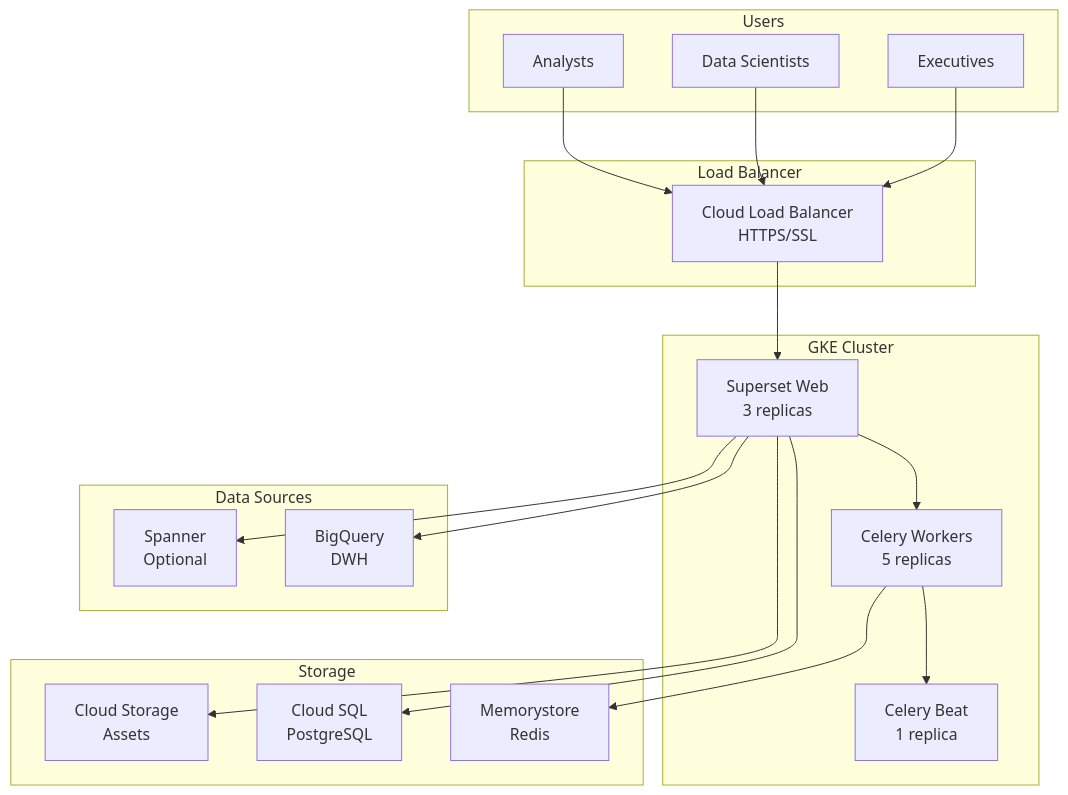
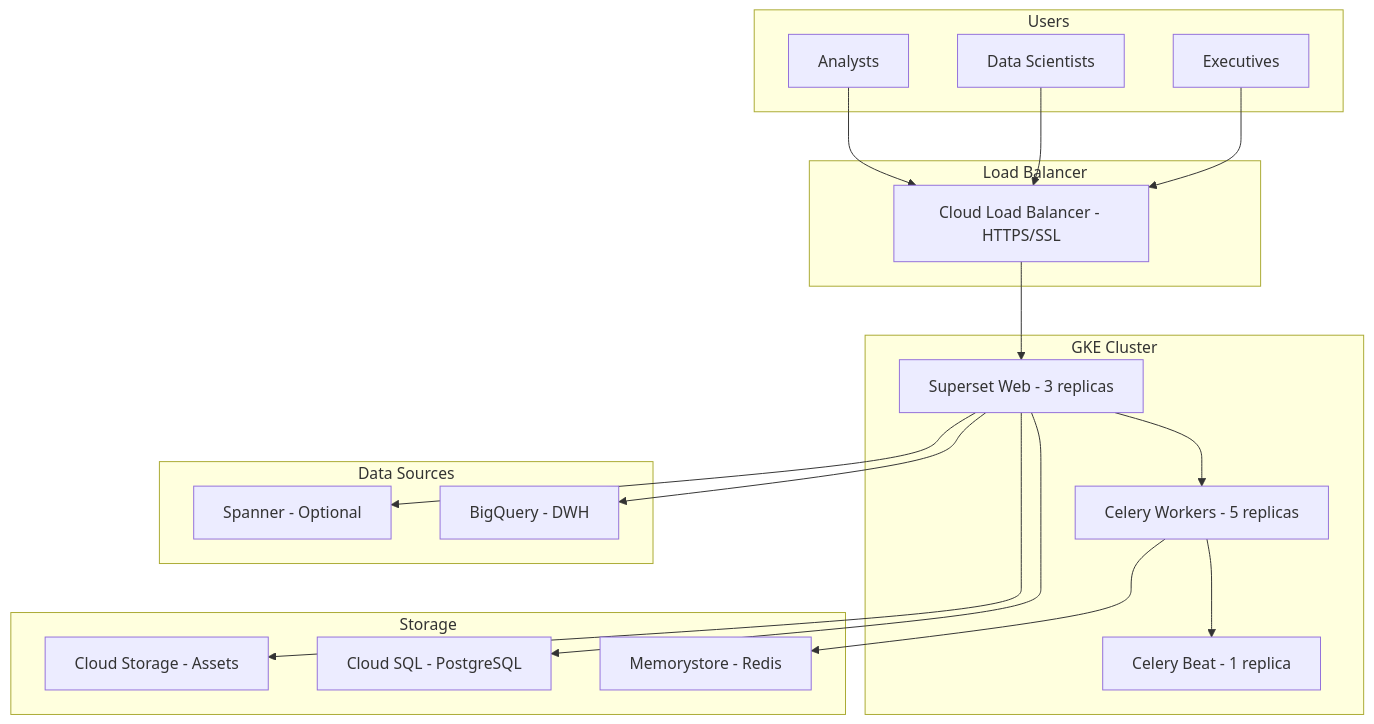
Before and after one commit to sitelight/jean-notes: diagram 12 of 18 in ARCHITECTURE.md, drawn with Mermaid. The commit also changed other lines of this file, not shown here.

````diff
--- a/ARCHITECTURE.md
+++ b/ARCHITECTURE.md
@@ -1701,41 +1678,41 @@
 ```mermaid
 graph TB
     subgraph "Users"
         AN[Analysts]
         DS[Data Scientists]
         EX[Executives]
     end
     
     subgraph "Load Balancer"
-        ING[Cloud Load Balancer<br/>HTTPS/SSL]
+        ING[Cloud Load Balancer - HTTPS/SSL]
     end
     
     subgraph "GKE Cluster"
-        WEB[Superset Web<br/>3 replicas]
-        WORK[Celery Workers<br/>5 replicas]
-        BEAT[Celery Beat<br/>1 replica]
+        WEB[Superset Web - 3 replicas]
+        WORK[Celery Workers - 5 replicas]
+        BEAT[Celery Beat - 1 replica]
     end
     
     subgraph "Storage"
-        PG[Cloud SQL<br/>PostgreSQL]
-        REDIS[Memorystore<br/>Redis]
-        GCS[Cloud Storage<br/>Assets]
+        PG[Cloud SQL - PostgreSQL]
+        REDIS[Memorystore - Redis]
+        GCS[Cloud Storage - Assets]
     end
     
     subgraph "Data Sources"
-        BQ[BigQuery<br/>DWH]
-        SP[Spanner<br/>Optional]
+        BQ[BigQuery - DWH]
+        SP[Spanner - Optional]
     end
     
     AN --> ING
     DS --> ING
     EX --> ING
     ING --> WEB
     WEB --> WORK
     WORK --> BEAT
     WEB --> PG
     WORK --> REDIS
     WEB --> GCS
     WEB --> BQ
     WEB --> SP
 ```
````
